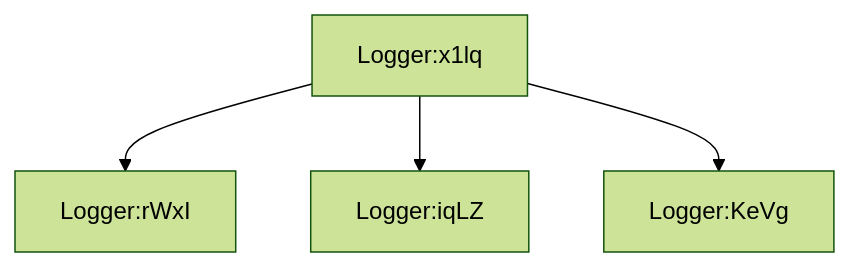
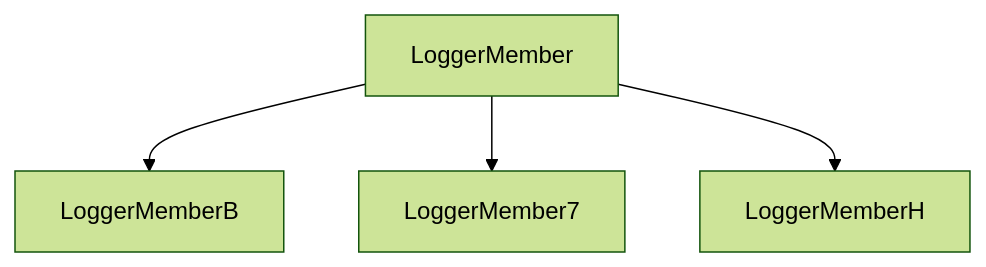
One commit to ellementul/uee-core changed the diagram in mermaid.md. Above: the diagram before and after it, drawn with Mermaid (forest theme). The commit also changed 5 other files, not shown here.

````diff
--- a/mermaid.md
+++ b/mermaid.md
@@ -1,11 +1,11 @@
 ```mermaid
  flowchart TD
-    eY1Yvx4ZXwZQSTstXbcW2bEYK969HQr67dfRx1lq[Logger:x1lq]
-    BCXeOafmHJ1kGq0YdLue2cuyQL2hDHYO_HNrWxI[Logger:rWxI]
-    ZTqRH0ezntRN4Dn4qcuyIz3w6IDgfTCeSjhAiqLZ[Logger:iqLZ]
-    A7mD8p3A4dqghIGgdSt3CqiqdbUeJ79kGadBKeVg[Logger:KeVg]
+    Z0XsZ5iZe1zG9kzBP53LcuHSx1TfZ_GejFGr2j1[LoggerMember]
+    BV2Gc4v9Dbd9x0PH6KkAtgAlOvDf1phjjrXtBWBs[LoggerMemberB]
+    7QxQjg6ORqecj0839jolAcg0D0anTwFgH8f8BqZe[LoggerMember7]
+    HWw6wc36Wc1xQly6M0j0u4xuyo1TmC3SQd3Rs4hw[LoggerMemberH]
 
-    eY1Yvx4ZXwZQSTstXbcW2bEYK969HQr67dfRx1lq --> BCXeOafmHJ1kGq0YdLue2cuyQL2hDHYO_HNrWxI
-    eY1Yvx4ZXwZQSTstXbcW2bEYK969HQr67dfRx1lq --> ZTqRH0ezntRN4Dn4qcuyIz3w6IDgfTCeSjhAiqLZ
-    eY1Yvx4ZXwZQSTstXbcW2bEYK969HQr67dfRx1lq --> A7mD8p3A4dqghIGgdSt3CqiqdbUeJ79kGadBKeVg
+    Z0XsZ5iZe1zG9kzBP53LcuHSx1TfZ_GejFGr2j1 --> BV2Gc4v9Dbd9x0PH6KkAtgAlOvDf1phjjrXtBWBs
+    Z0XsZ5iZe1zG9kzBP53LcuHSx1TfZ_GejFGr2j1 --> 7QxQjg6ORqecj0839jolAcg0D0anTwFgH8f8BqZe
+    Z0XsZ5iZe1zG9kzBP53LcuHSx1TfZ_GejFGr2j1 --> HWw6wc36Wc1xQly6M0j0u4xuyo1TmC3SQd3Rs4hw
 ```
````
